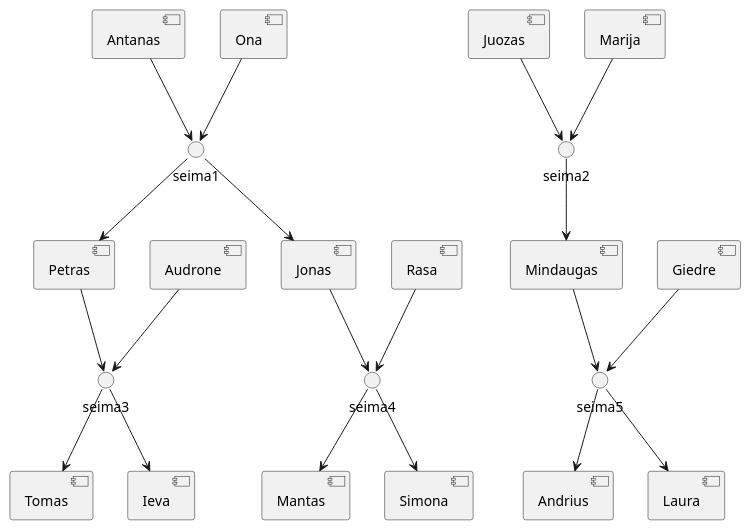
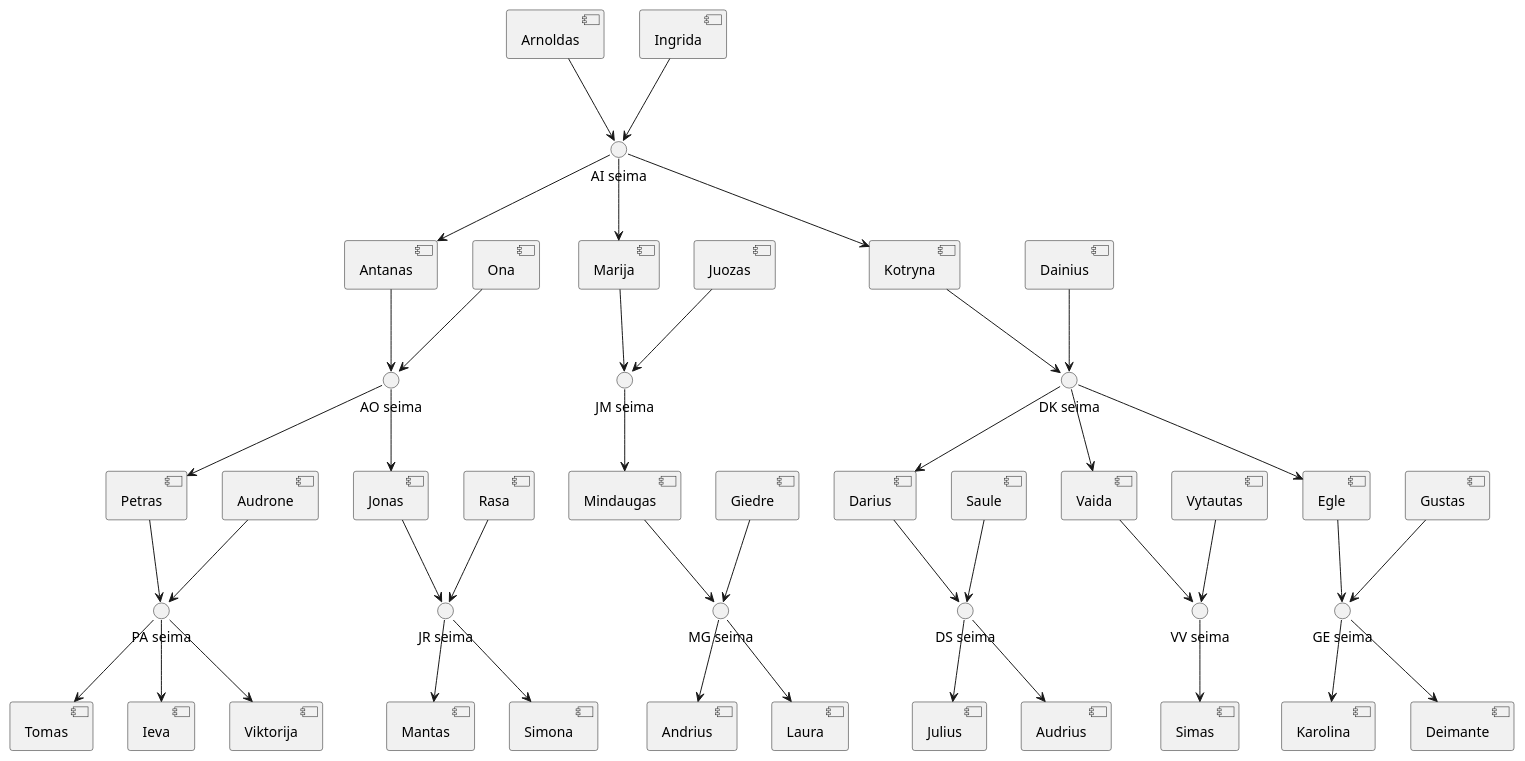
One commit to user5427/learning-prolog changed the diagram in labs/lab 1/graph.puml. Above: the diagram before and after it, drawn with PlantUML. The commit also changed 2 other files, not shown here.

```diff
--- a/labs/lab 1/graph.puml
+++ b/labs/lab 1/graph.puml
@@ -1,60 +1,105 @@
 @startuml geneologinis medis
 
+' 1 kartos lygis
+[Arnoldas] as arnoldas
+[Ingrida] as ingrida
 
-' 3 kartos lygis
+' 2 kartos lygis
 [Antanas] as antanas
 [Ona] as ona
 [Juozas] as juozas
 [Marija] as marija
+[Kotryna] as kotryna
+[Dainius] as dainius
 
-' 2 kartos lygis
+' 3 kartos lygis
 [Petras] as petras
 [Audrone] as audrone
 [Jonas] as jonas
 [Rasa] as rasa
 [Mindaugas] as mindaugas
 [Giedre] as giedre
+[Darius] as darius
+[Saule] as saule
+[Vaida] as vaida
+[Vytautas] as vytautas
+[Egle] as egle
+[Gustas] as gustas
 
-' 1 kartos lygis
+' 4 kartos lygis
 [Tomas] as tomas
 [Ieva] as ieva
 [Mantas] as mantas
 [Simona] as simona
 [Andrius] as andrius
 [Laura] as laura
+[Viktorija] as viktorija
+[Julius] as julius
+[Audrius] as audrius
+[Simas] as simas
+[Karolina] as karolina
+[Deimante] as deimante
 
 ' seimos
-circle seima1
-circle seima2
-circle seima3
-circle seima4
-circle seima5
+circle "AI seima" as seima1
+circle "AO seima" as seima2
+circle "JM seima" as seima3
+circle "DK seima" as seima33
+circle "PA seima" as seima4
+circle "JR seima" as seima5
+circle "MG seima" as seima6
+circle "DS seima" as seima7
+circle "VV seima" as seima8
+circle "GE seima" as seima9
 
-' 3 kartos rysiai
-antanas --> seima1
-ona --> seima1
-juozas --> seima2
-marija --> seima2
+' 1-2 karta
+arnoldas --> seima1
+ingrida --> seima1
 
-' 3 kartos rysiai
-seima1 --> petras
-seima1 --> jonas
-seima2 --> mindaugas
+seima1 --> antanas
+seima1 --> marija
+seima1 --> kotryna
 
-' 2 kartos rysiai
-petras --> seima3
-audrone --> seima3
-jonas --> seima4
-rasa --> seima4
-mindaugas --> seima5
-giedre --> seima5
+' 2-3 kartos rysiai
+antanas --> seima2
+ona --> seima2
+juozas --> seima3
+marija --> seima3
+kotryna --> seima33
+dainius --> seima33
 
-' 2 kartos rysiai
-seima3 --> tomas
-seima3 --> ieva
-seima4 --> mantas
-seima4 --> simona
-seima5 --> andrius
-seima5 --> laura
+seima2 --> petras
+seima2 --> jonas
+seima3 --> mindaugas
+seima33 --> darius
+seima33 --> vaida
+seima33 --> egle
+
+' 3-4 kartos rysiai
+petras --> seima4
+audrone --> seima4
+jonas --> seima5
+rasa --> seima5
+mindaugas --> seima6
+giedre --> seima6
+darius --> seima7
+saule --> seima7
+vaida --> seima8
+vytautas --> seima8
+egle --> seima9
+gustas --> seima9
+
+seima4 --> tomas
+seima4 --> ieva
+seima4 --> viktorija
+seima5 --> mantas
+seima5 --> simona
+seima6 --> andrius
+seima6 --> laura
+seima7 --> julius
+seima7 --> audrius
+seima8 --> simas
+seima9 --> karolina
+seima9 --> deimante
 
 @enduml
```
